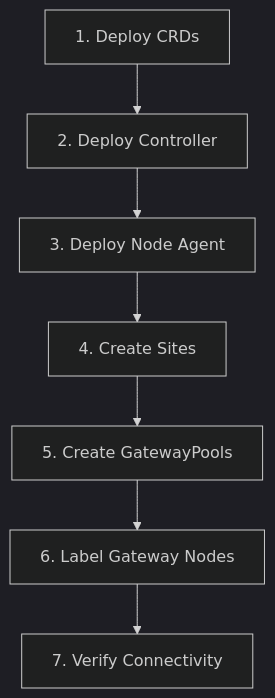
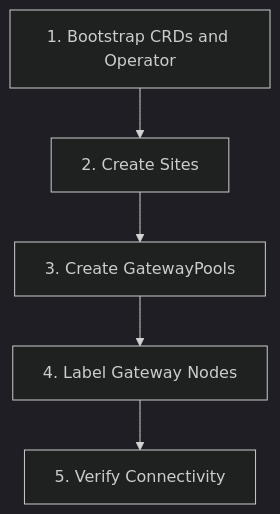
The first of 3 diagrams in docs/net/operations.md (Azure/unbounded), drawn with Mermaid (dark theme) before and after one commit. The commit also changed other lines of this file and 90 other files, not shown here.

````diff
--- a/docs/net/operations.md
+++ b/docs/net/operations.md
@@ -33,9 +33,7 @@
 ```mermaid
 flowchart TD
-    A[1. Deploy CRDs] --> B[2. Deploy Controller]
-    B --> C[3. Deploy Node Agent]
-    C --> D[4. Create Sites]
-    D --> E[5. Create GatewayPools]
-    E --> F[6. Label Gateway Nodes]
-    F --> G[7. Verify Connectivity]
+    A[1. Bootstrap CRDs and Operator] --> B[2. Create Sites]
+    B --> C[3. Create GatewayPools]
+    C --> D[4. Label Gateway Nodes]
+    D --> E[5. Verify Connectivity]
 ```
````
